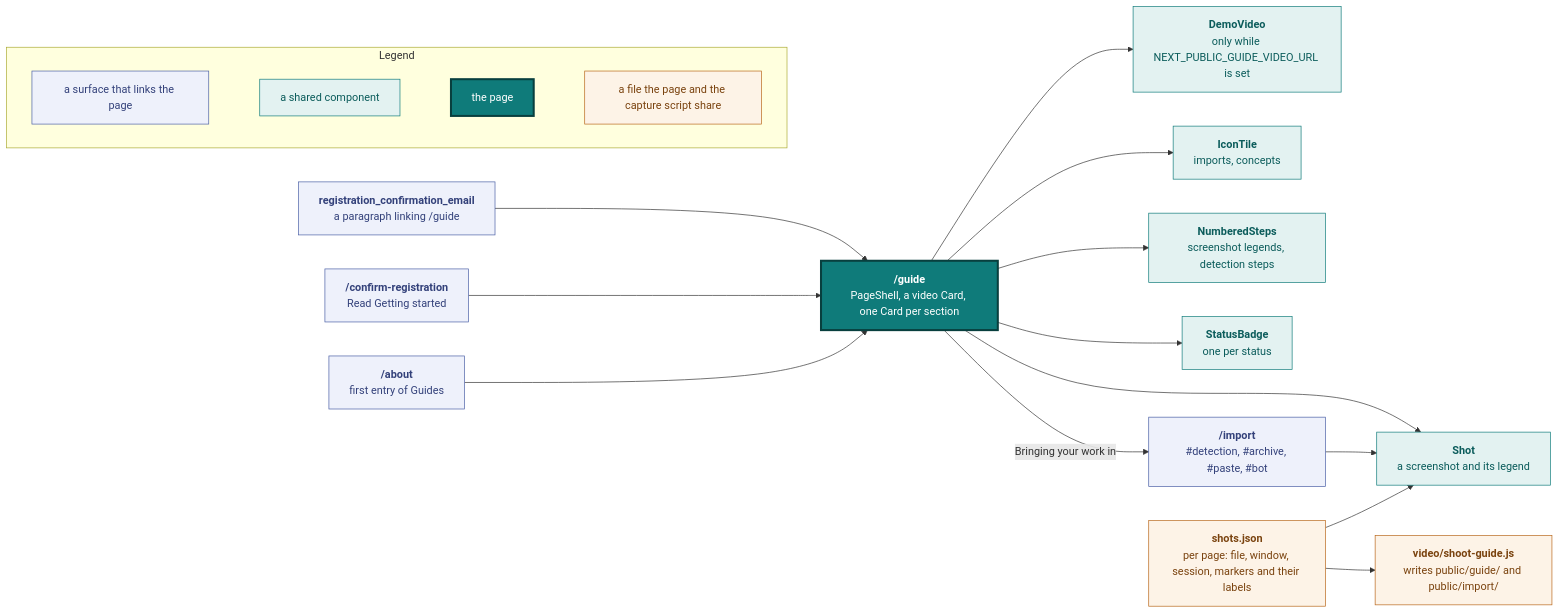
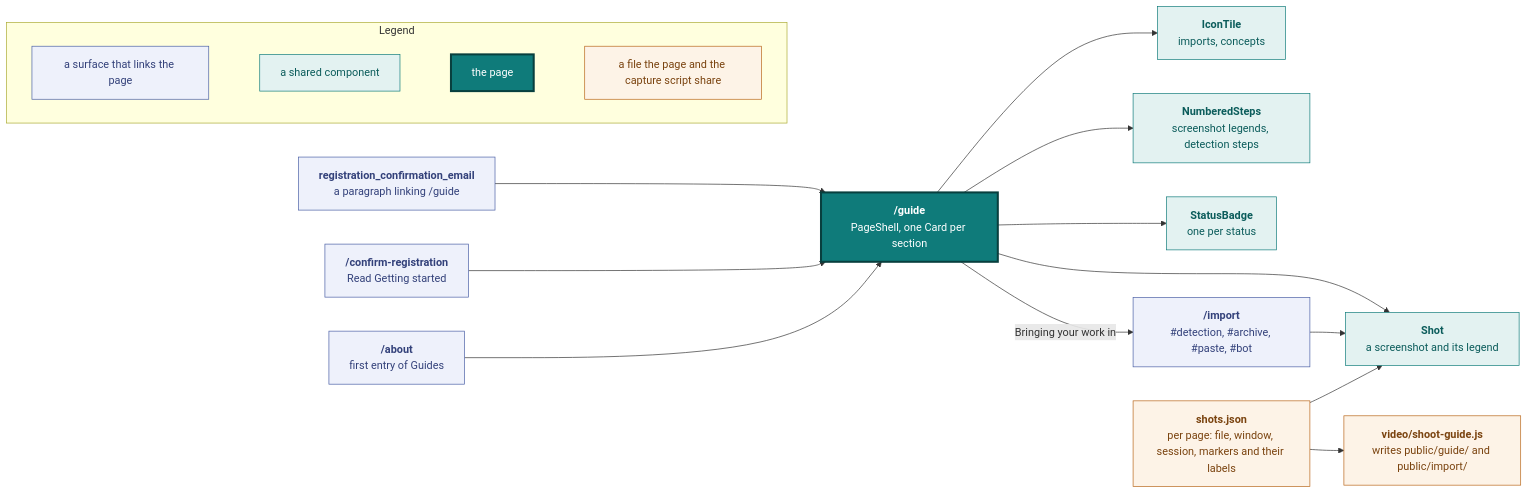
One commit to vidithq/vidit changed the third of 12 diagrams in docs/design.md. Above: the diagram before and after it, drawn with Mermaid. The commit also changed other lines of this file and 13 other files, not shown here.

First line of the commit message:
fix(guide): remove the walkthrough video slot and its pipeline (#615)

````diff
--- a/docs/design.md
+++ b/docs/design.md
@@ -364,54 +364,51 @@
 ```mermaid
 flowchart LR
   classDef spec fill:#eef1fb,stroke:#4a5fa5,color:#33417a
   classDef shared fill:#e3f2f1,stroke:#0f7b7a,color:#0b5c5b
   classDef core fill:#0f7b7a,stroke:#083f3e,stroke-width:3px,color:#ffffff
   classDef data fill:#fdf3e7,stroke:#b8661a,color:#7a430f
 
   subgraph legend [Legend]
     direction LR
     l1["`a surface that links the page`"]:::spec
     l2["`a shared component`"]:::shared
     l3["`the page`"]:::core
     l4["`a file the page and the capture script share`"]:::data
     l1 ~~~ l2 ~~~ l3 ~~~ l4
   end
 
   email["`**registration_confirmation_email**
   a paragraph linking /guide`"]:::spec
   confirm["`**/confirm-registration**
   Read Getting started`"]:::spec
   about["`**/about**
   first entry of Guides`"]:::spec
   page["`**/guide**
-  PageShell, a video Card, one Card per section`"]:::core
-  video["`**DemoVideo**
-  only while NEXT_PUBLIC_GUIDE_VIDEO_URL is set`"]:::shared
+  PageShell, one Card per section`"]:::core
   tiles["`**IconTile**
   imports, concepts`"]:::shared
   steps["`**NumberedSteps**
   screenshot legends, detection steps`"]:::shared
   badge["`**StatusBadge**
   one per status`"]:::shared
   shot["`**Shot**
   a screenshot and its legend`"]:::shared
   shots["`**shots.json**
   per page: file, window, session, markers and their labels`"]:::data
   script["`**video/shoot-guide.js**
   writes public/guide/ and public/import/`"]:::data
   imp["`**/import**
   #detection, #archive, #paste, #bot`"]:::spec
 
   email --> page
   confirm --> page
   about --> page
-  page --> video
   page --> tiles
   page --> steps
   page --> badge
   page --> shot
   imp --> shot
   shots --> shot
   shots --> script
   page -->|"Bringing your work in"| imp
 ```
````
